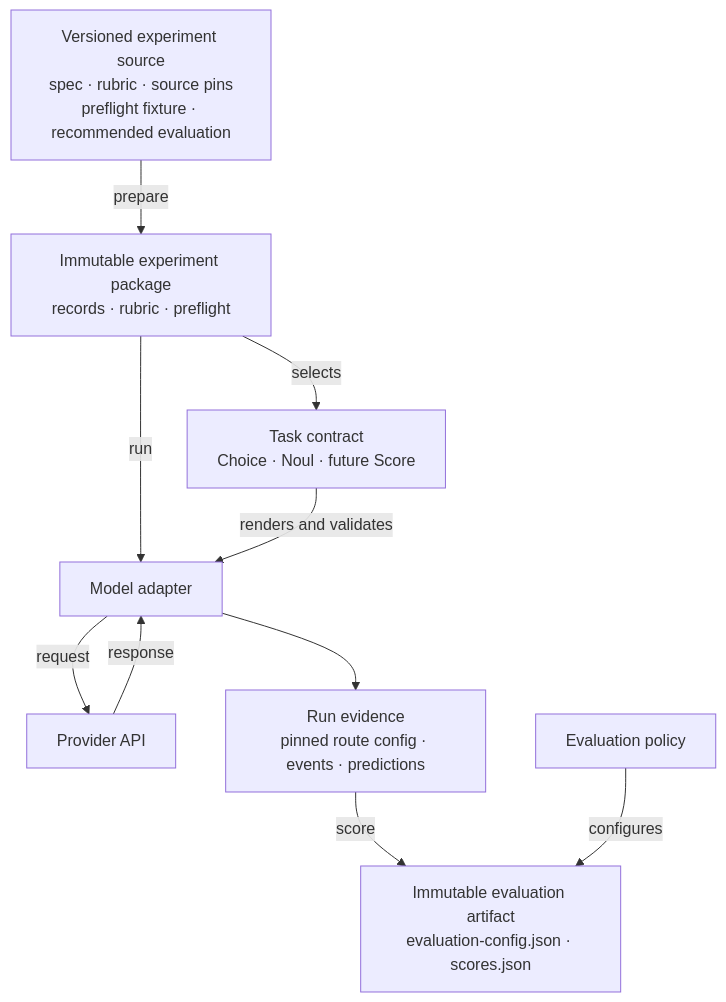
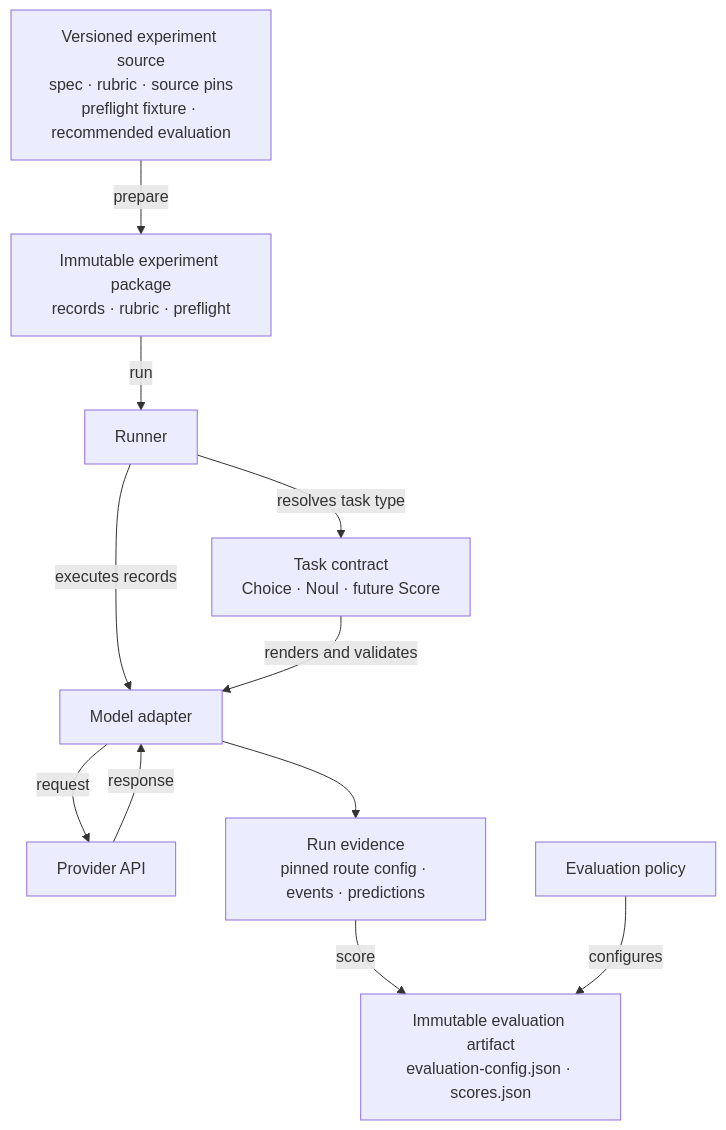
The diagram in docs/architecture.md (Tenkei/jev-decision-bench), drawn with Mermaid before and after one commit.

Commit message:
Clarify runner contract resolution

````diff
--- a/docs/architecture.md
+++ b/docs/architecture.md
@@ -8,21 +8,23 @@
 ```mermaid
 flowchart TD
     source["Versioned experiment source<br/>spec · rubric · source pins<br/>preflight fixture · recommended evaluation"]
     package["Immutable experiment package<br/>records · rubric · preflight"]
+    runner["Runner"]
     contract["Task contract<br/>Choice · Noul · future Score"]
     adapter["Model adapter"]
     provider["Provider API"]
     run["Run evidence<br/>pinned route config · events · predictions"]
     policy["Evaluation policy"]
     evaluation["Immutable evaluation artifact<br/>evaluation-config.json · scores.json"]
 
     source -->|prepare| package
-    package -->|selects| contract
-    package -->|run| adapter
+    package -->|run| runner
+    runner -->|resolves task type| contract
+    runner -->|executes records| adapter
     contract -->|renders and validates| adapter
     adapter -->|request| provider
     provider -->|response| adapter
     adapter --> run
     run -->|score| evaluation
     policy -->|configures| evaluation
 ```
````
